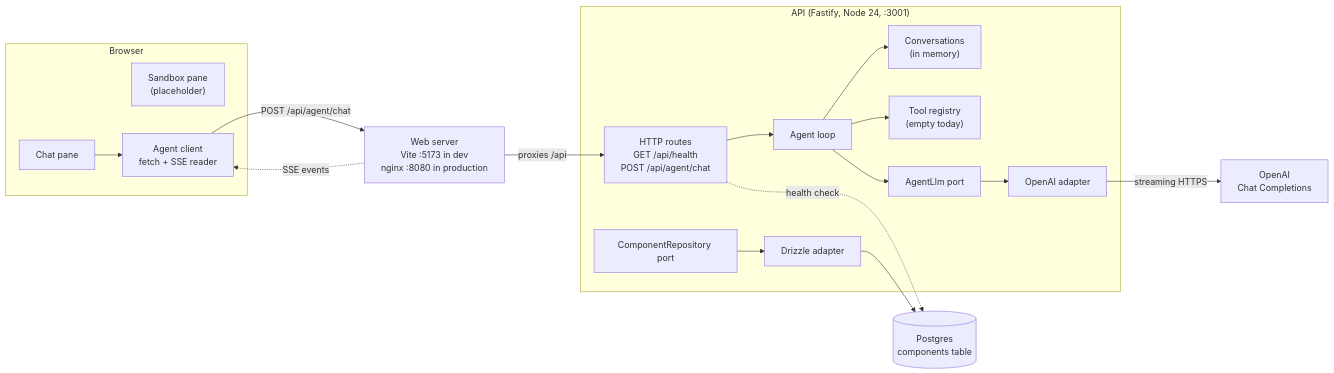
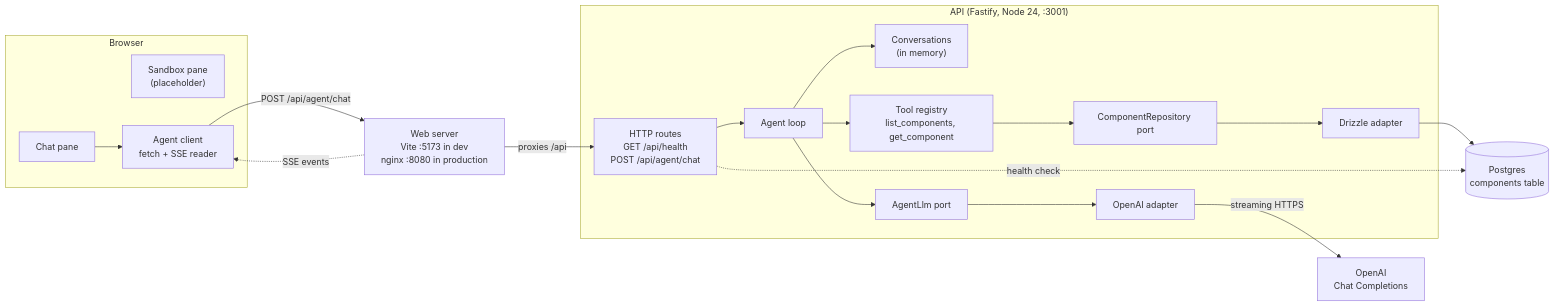
Before and after one commit to daniel-citrus/genui-prototype: the first of 3 diagrams in docs/ARCHITECTURE.md, drawn with Mermaid. The commit also changed other lines of this file and 10 other files, not shown here.

Commit message:
Give the agent tools to list and read catalog components

````diff
--- a/docs/ARCHITECTURE.md
+++ b/docs/ARCHITECTURE.md
@@ -22,38 +22,39 @@
 ```mermaid
 flowchart LR
   subgraph Browser
     Chat["Chat pane"]
     Sandbox["Sandbox pane<br/>(placeholder)"]
     Client["Agent client<br/>fetch + SSE reader"]
     Chat --> Client
   end
 
   Edge["Web server<br/>Vite :5173 in dev<br/>nginx :8080 in production"]
 
   subgraph API ["API (Fastify, Node 24, :3001)"]
     Routes["HTTP routes<br/>GET /api/health<br/>POST /api/agent/chat"]
     Loop["Agent loop"]
     Convos["Conversations<br/>(in memory)"]
-    Tools["Tool registry<br/>(empty today)"]
+    Tools["Tool registry<br/>list_components, get_component"]
     LlmPort["AgentLlm port"]
     RepoPort["ComponentRepository port"]
     OpenAIAdapter["OpenAI adapter"]
     DbAdapter["Drizzle adapter"]
     Routes --> Loop
     Loop --> Convos
     Loop --> Tools
     Loop --> LlmPort
+    Tools --> RepoPort
     LlmPort --> OpenAIAdapter
     RepoPort --> DbAdapter
   end
 
   OpenAI["OpenAI<br/>Chat Completions"]
   DB[("Postgres<br/>components table")]
 
   Client -- "POST /api/agent/chat" --> Edge
   Edge -- "proxies /api" --> Routes
   Edge -. "SSE events" .-> Client
   OpenAIAdapter -- "streaming HTTPS" --> OpenAI
   DbAdapter --> DB
   Routes -. "health check" .-> DB
 ```
````
